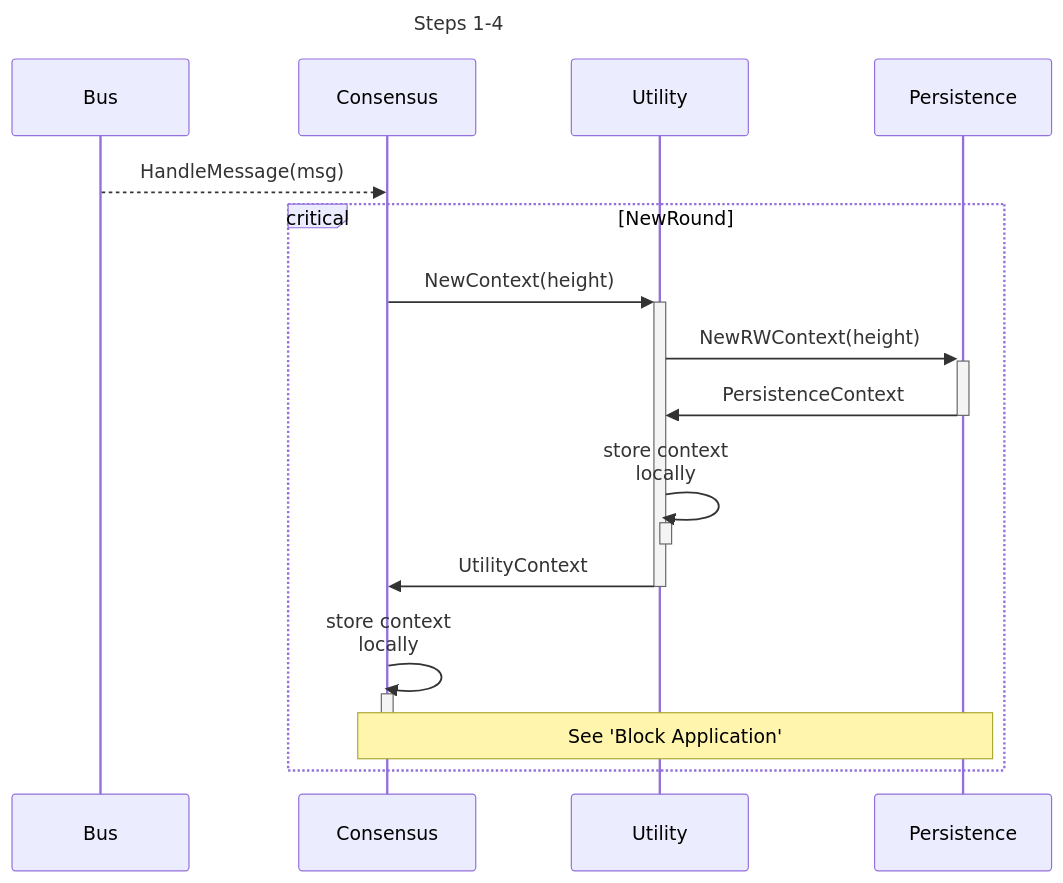
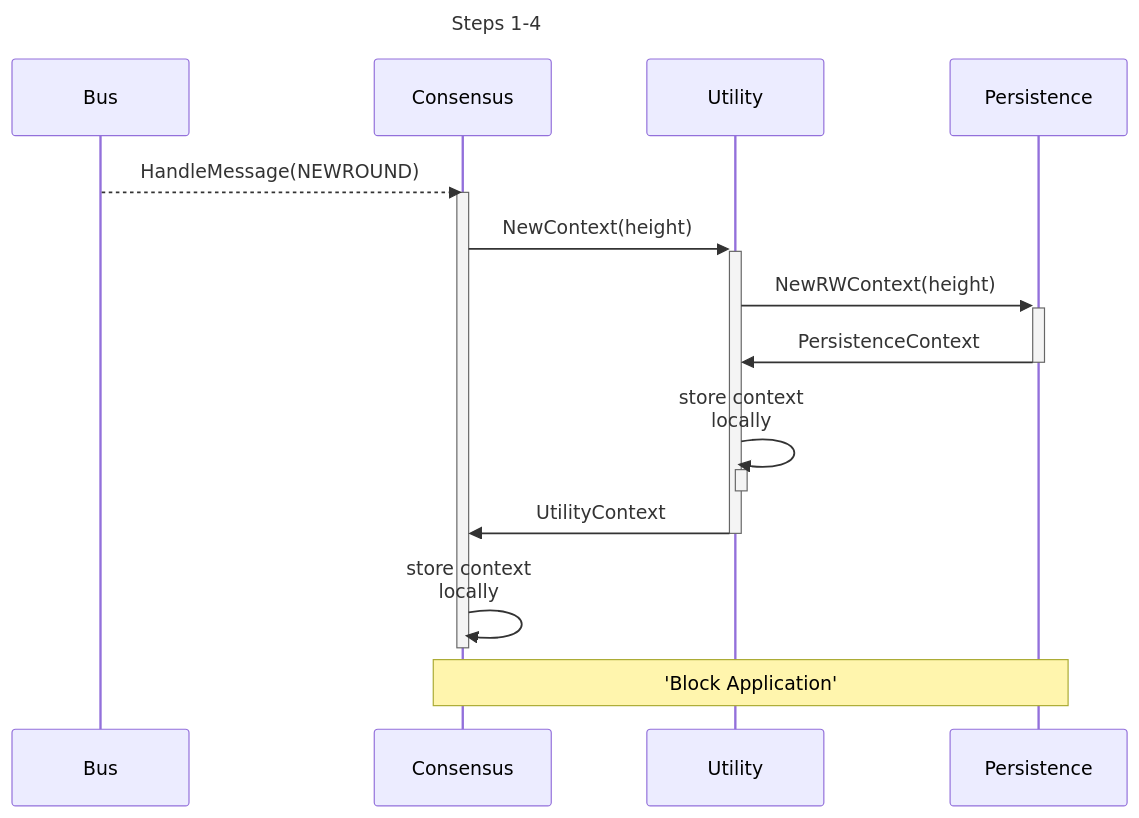
The first of 5 diagrams in shared/docs/PROTOCOL_STATE_HASH.md (pokt-network/pocket), drawn with Mermaid before and after one commit. The commit also changed other lines of this file and 33 other files, not shown here.

````diff
--- a/shared/docs/PROTOCOL_STATE_HASH.md
+++ b/shared/docs/PROTOCOL_STATE_HASH.md
@@ -25,28 +25,28 @@
 ```mermaid
 sequenceDiagram
     title Steps 1-4
     participant B as Bus
     participant C as Consensus
     participant U as Utility
     participant P as Persistence
 
     %% Handle New Message
-    B-->>C: HandleMessage(msg)
+    B-->>C: HandleMessage(NEWROUND)
 
-    critical NewRound
-        %% Create Contexts
-        C->>+U: NewContext(height)
-        U->>+P: NewRWContext(height)
-        P->>-U: PersistenceContext
-        U->>U: store context<br>locally
-        activate U
-        deactivate U
-        U->>-C: UtilityContext
-        C->>C: store context<br>locally
-        activate C
-        deactivate C
+    %% NEWROUND
 
-        %% Apply Block
-        Note over C, P: See 'Block Application'
-    end
+    activate C
+    %% Create Contexts
+    C->>+U: NewContext(height)
+    U->>+P: NewRWContext(height)
+    P->>-U: PersistenceContext
+    U->>U: store context<br>locally
+    activate U
+    deactivate U
+    U->>-C: UtilityContext
+    C->>C: store context<br>locally
+    deactivate C
+
+    %% Apply Block
+    Note over C, P: 'Block Application'
 ```
````
